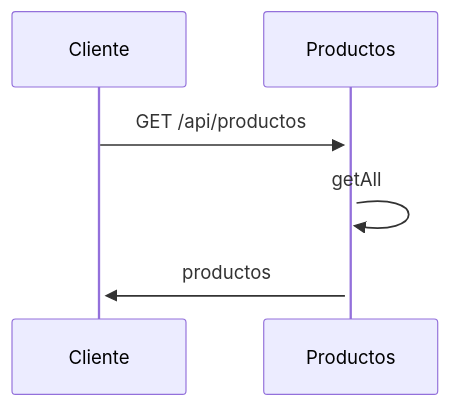
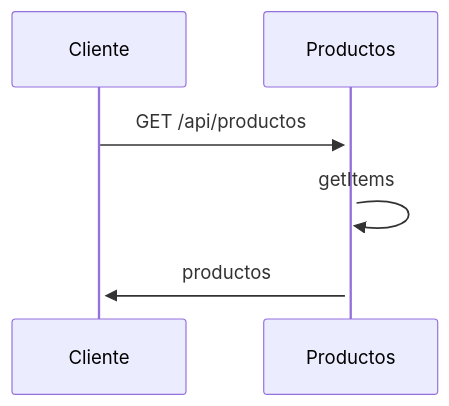
Before and after one commit to akobashikawa/tienda211-fastify: the fifth of 11 diagrams in README.md, drawn with Mermaid. The commit also changed other lines of this file, not shown here.

Commit message:
Agrega diagrama 301 get ventas

````diff
--- a/README.md
+++ b/README.md
@@ -88,11 +88,11 @@
 ```mermaid
 sequenceDiagram
     participant Cliente
     participant MS_Productos as Productos
 
     Cliente->>+MS_Productos: GET /api/productos
 
-    MS_Productos->>MS_Productos: getAll
+    MS_Productos->>MS_Productos: getItems
     MS_Productos->>+Cliente: productos
 
 ```
````
